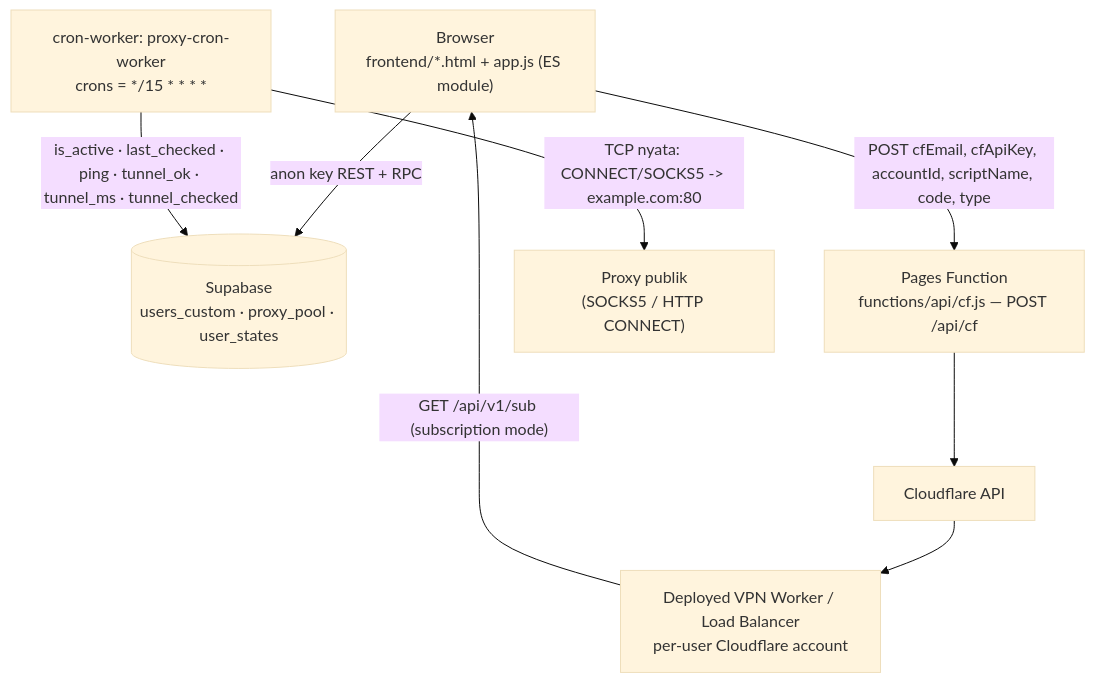
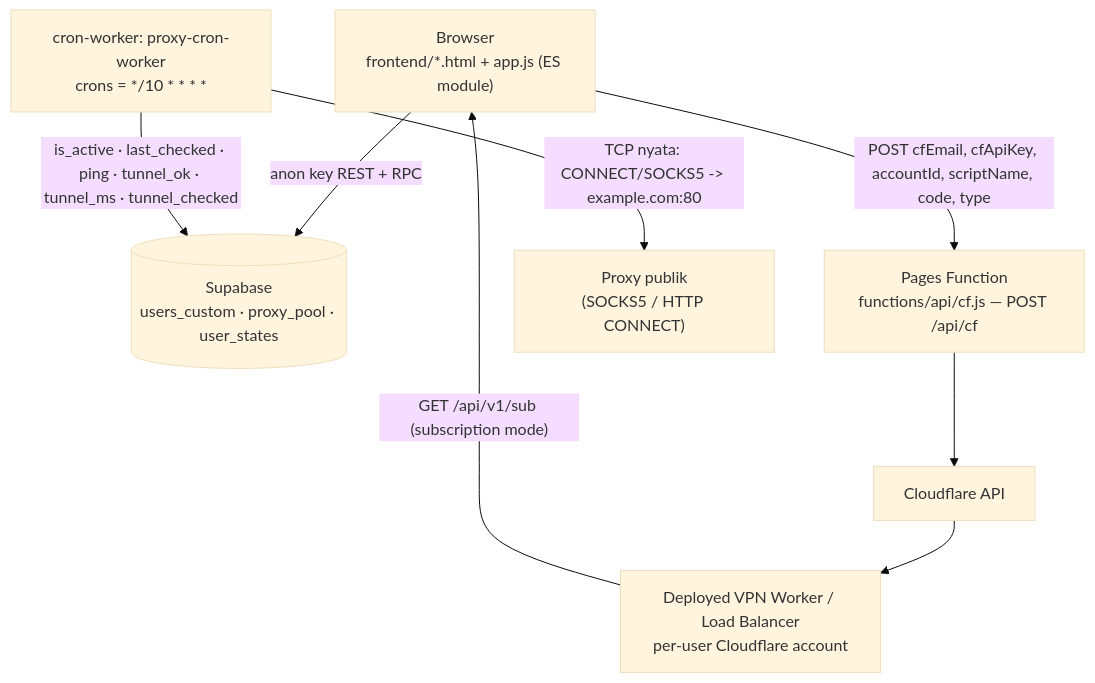
Before and after one commit to jhopan/cfvpn-hub: the diagram in AGENTS.md, drawn with Mermaid (base theme). The commit also changed other lines of this file and 12 other files, not shown here.

````diff
--- a/AGENTS.md
+++ b/AGENTS.md
@@ -24,17 +24,17 @@
 ```mermaid
 flowchart TB
   B["Browser<br/>frontend/*.html + app.js (ES module)"]
   SB[("Supabase<br/>users_custom · proxy_pool · user_states")]
   F["Pages Function<br/>functions/api/cf.js — POST /api/cf"]
   CF["Cloudflare API"]
   W["Deployed VPN Worker / Load Balancer<br/>per-user Cloudflare account"]
-  CR["cron-worker: proxy-cron-worker<br/>crons = */15 * * * *"]
+  CR["cron-worker: proxy-cron-worker<br/>crons = */10 * * * *"]
   PX["Proxy publik<br/>(SOCKS5 / HTTP CONNECT)"]
   B -->|anon key REST + RPC| SB
   B -->|"POST cfEmail, cfApiKey, accountId, scriptName, code, type"| F
   F --> CF
   CF --> W
   W -->|"GET /api/v1/sub (subscription mode)"| B
   CR -->|"TCP nyata: CONNECT/SOCKS5 -> example.com:80"| PX
   CR -->|"is_active · last_checked · ping · tunnel_ok · tunnel_ms · tunnel_checked"| SB
 ```
````
